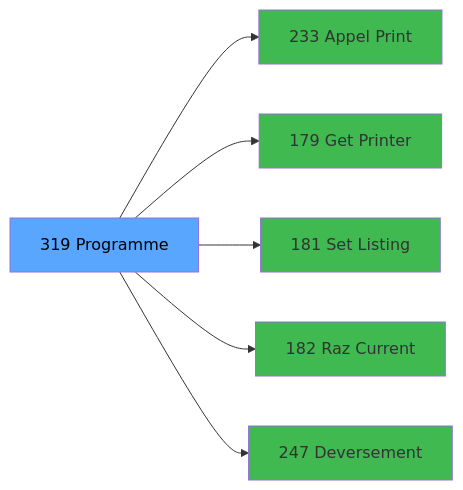
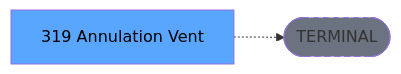
The third of 3 diagrams in .openspec/specs/ADH-IDE-319.md (thonyAGP/lecteur-magic), drawn with Mermaid before and after one commit. The commit also changed other lines of this file and 701 other files, not shown here.

````diff
--- a/.openspec/specs/ADH-IDE-319.md
+++ b/.openspec/specs/ADH-IDE-319.md
@@ -160,20 +152,8 @@
 ```mermaid
 graph LR
-    T[319 Programme]
-    C233[233 Appel Print ]
-    T --> C233
-    C179[179 Get Printer]
-    T --> C179
-    C181[181 Set Listing ]
-    T --> C181
-    C182[182 Raz Current ]
-    T --> C182
-    C247[247 Deversement ]
-    T --> C247
+    T[319 Annulation Vent]
+    TERM([TERMINAL])
+    T -.-> TERM
+    style TERM fill:#6b7280,stroke-dasharray: 5 5
     style T fill:#58a6ff,color:#000
-    style C233 fill:#3fb950
-    style C179 fill:#3fb950
-    style C181 fill:#3fb950
-    style C182 fill:#3fb950
-    style C247 fill:#3fb950
 ```
````
